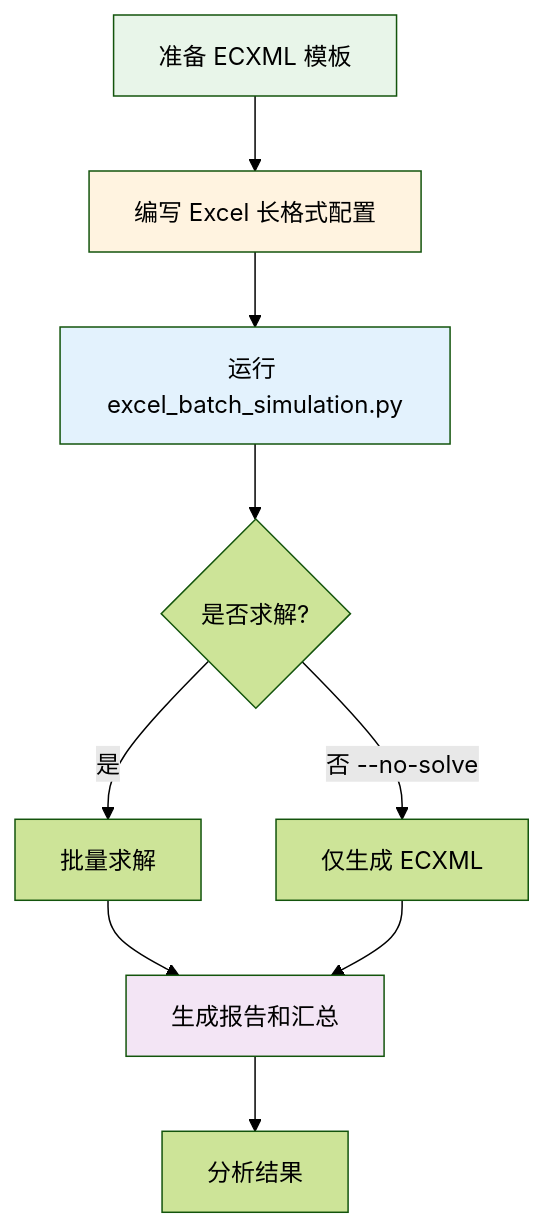
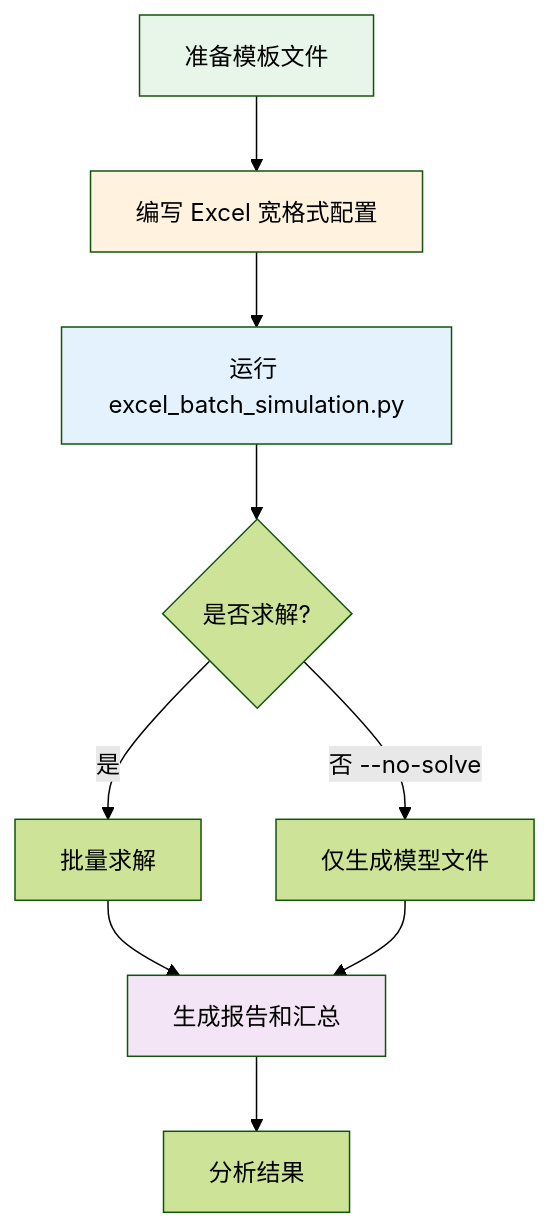
One commit to lixiekun/flotherm-automation changed the diagram in Excel配置使用指南.md. Above: the diagram before and after it, drawn with Mermaid (forest theme). The commit also changed other lines of this file and 1 other file, not shown here.

First line of the commit message:
feat: 将 Excel 格式从长格式改为宽格式

````diff
--- a/Excel配置使用指南.md
+++ b/Excel配置使用指南.md
@@ -305,16 +304,16 @@
 ```mermaid
 flowchart TB
-    A[准备 ECXML 模板] --> B[编写 Excel 长格式配置]
+    A[准备模板文件] --> B[编写 Excel 宽格式配置]
     B --> C[运行 excel_batch_simulation.py]
     C --> D{是否求解?}
     D -->|是| E[批量求解]
-    D -->|否 --no-solve| F[仅生成 ECXML]
+    D -->|否 --no-solve| F[仅生成模型文件]
     E --> G[生成报告和汇总]
     F --> G
     G --> H[分析结果]
 
     style A fill:#e8f5e9
     style B fill:#fff3e0
     style C fill:#e3f2fd
     style G fill:#f3e5f5
 ```
````
